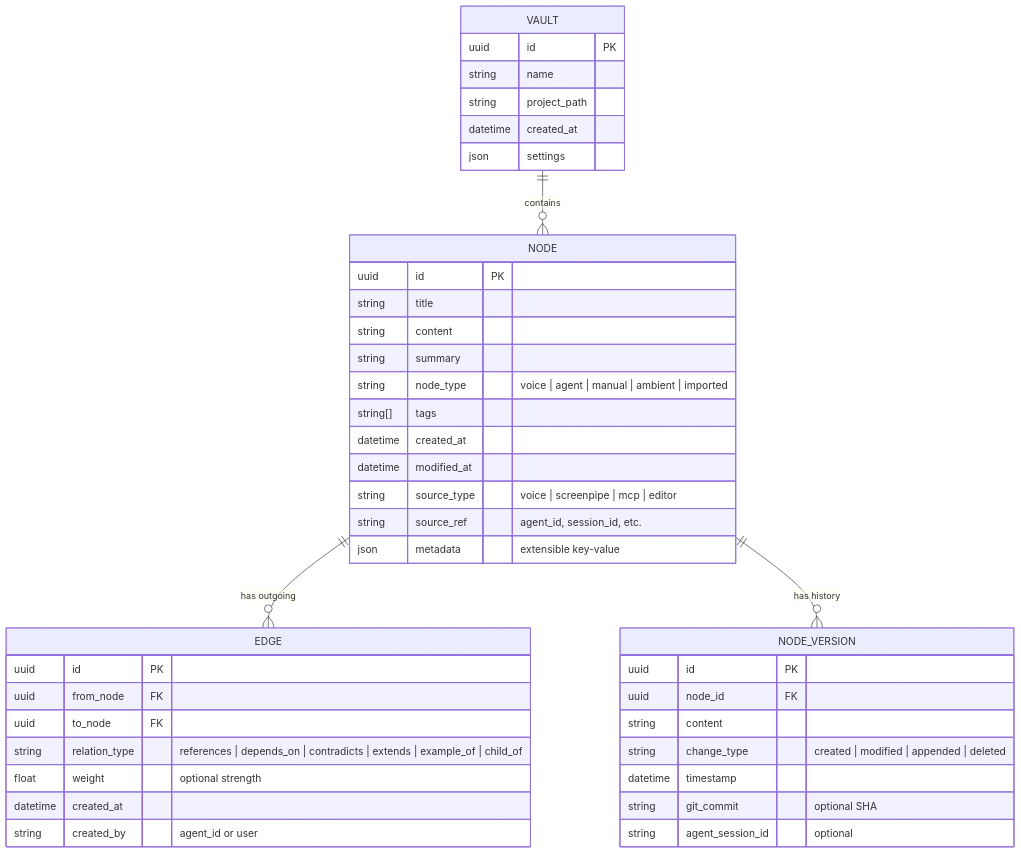
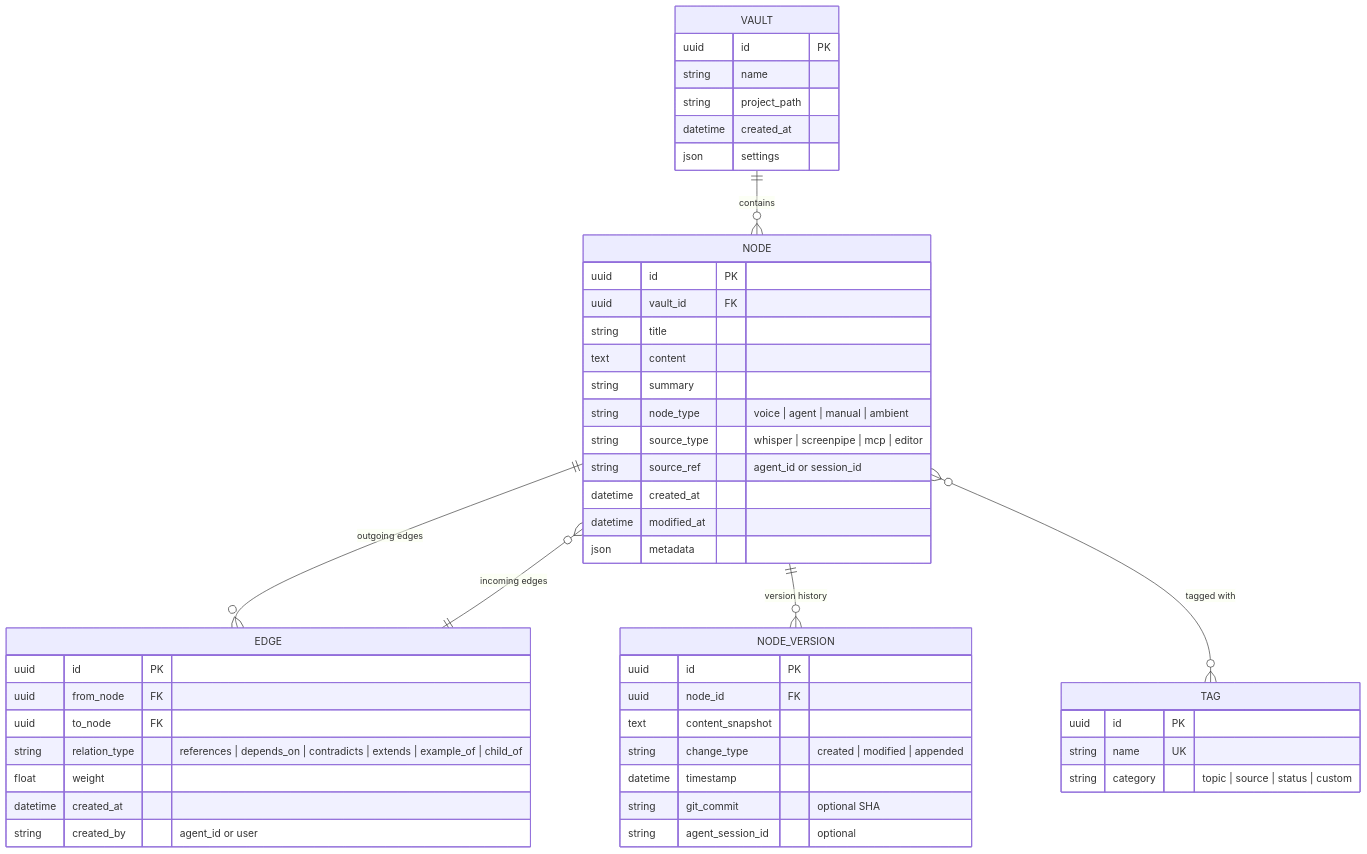
The sixth of 7 diagrams in NORTH-STAR.md (Coldaine/voicetree), drawn with Mermaid before and after one commit. The commit also changed other lines of this file, not shown here.

First line of the commit message:
docs: rework all Mermaid diagrams in NORTH-STAR.md

````diff
--- a/NORTH-STAR.md
+++ b/NORTH-STAR.md
@@ -295,48 +372,56 @@
 ```mermaid
 erDiagram
-    NODE {
-        uuid id PK
-        string title
-        string content
-        string summary
-        string node_type "voice | agent | manual | ambient | imported"
-        string[] tags
-        datetime created_at
-        datetime modified_at
-        string source_type "voice | screenpipe | mcp | editor"
-        string source_ref "agent_id, session_id, etc."
-        json metadata "extensible key-value"
-    }
-
-    EDGE {
-        uuid id PK
-        uuid from_node FK
-        uuid to_node FK
-        string relation_type "references | depends_on | contradicts | extends | example_of | child_of"
-        float weight "optional strength"
-        datetime created_at
-        string created_by "agent_id or user"
-    }
-
-    NODE_VERSION {
-        uuid id PK
-        uuid node_id FK
-        string content
-        string change_type "created | modified | appended | deleted"
-        datetime timestamp
-        string git_commit "optional SHA"
-        string agent_session_id "optional"
-    }
-
     VAULT {
         uuid id PK
         string name
         string project_path
         datetime created_at
         json settings
     }
 
-    NODE ||--o{ EDGE : "has outgoing"
-    NODE ||--o{ NODE_VERSION : "has history"
+    NODE {
+        uuid id PK
+        uuid vault_id FK
+        string title
+        text content
+        string summary
+        string node_type "voice | agent | manual | ambient"
+        string source_type "whisper | screenpipe | mcp | editor"
+        string source_ref "agent_id or session_id"
+        datetime created_at
+        datetime modified_at
+        json metadata
+    }
+
+    TAG {
+        uuid id PK
+        string name UK
+        string category "topic | source | status | custom"
+    }
+
+    EDGE {
+        uuid id PK
+        uuid from_node FK
+        uuid to_node FK
+        string relation_type "references | depends_on | contradicts | extends | example_of | child_of"
+        float weight
+        datetime created_at
+        string created_by "agent_id or user"
+    }
+
+    NODE_VERSION {
+        uuid id PK
+        uuid node_id FK
+        text content_snapshot
+        string change_type "created | modified | appended"
+        datetime timestamp
+        string git_commit "optional SHA"
+        string agent_session_id "optional"
+    }
+
     VAULT ||--o{ NODE : "contains"
+    NODE ||--o{ EDGE : "outgoing edges"
+    NODE }o--|| EDGE : "incoming edges"
+    NODE ||--o{ NODE_VERSION : "version history"
+    NODE }o--o{ TAG : "tagged with"
 ```
````
